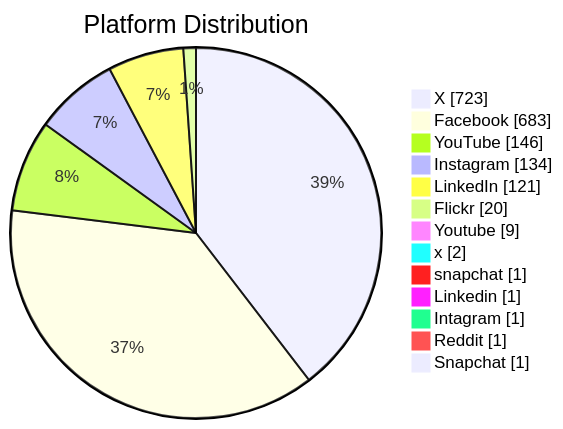
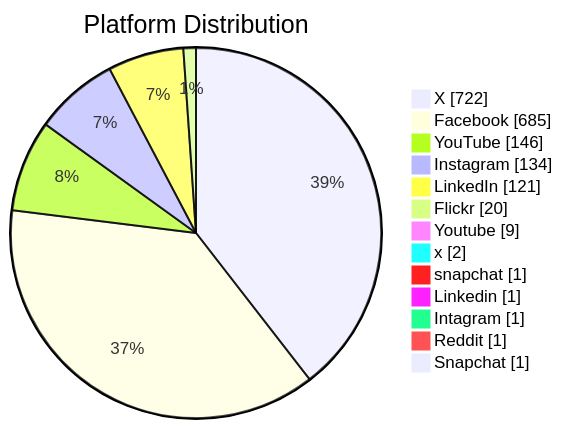
One commit to PatLittle/GC-Socials changed the second of 6 diagrams in README.md. Above: the diagram before and after it, drawn with Mermaid. The commit also changed other lines of this file, not shown here.

Commit message:
Update README with Platform Distribution pie chart

````diff
--- a/README.md
+++ b/README.md
@@ -46,16 +46,16 @@
 ```mermaid
 pie showData title Platform Distribution
-    "X": 723
-    "Facebook": 683
+    "X": 722
+    "Facebook": 685
     "YouTube": 146
     "Instagram": 134
     "LinkedIn": 121
     "Flickr": 20
     "Youtube": 9
     "x": 2
     "snapchat": 1
     "Linkedin": 1
     "Intagram": 1
     "Reddit": 1
     "Snapchat": 1
 ```
````
